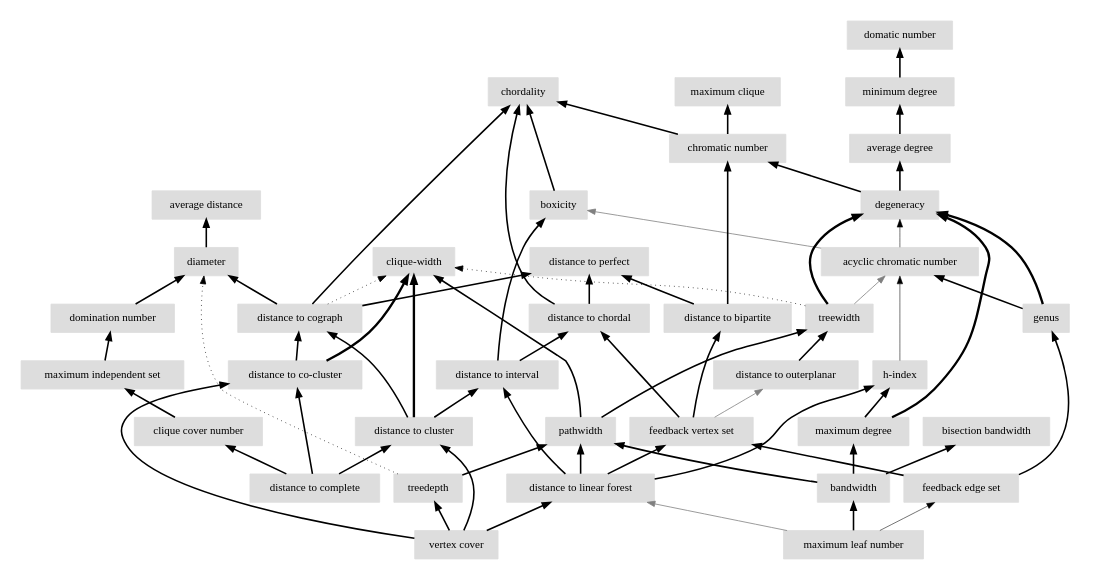
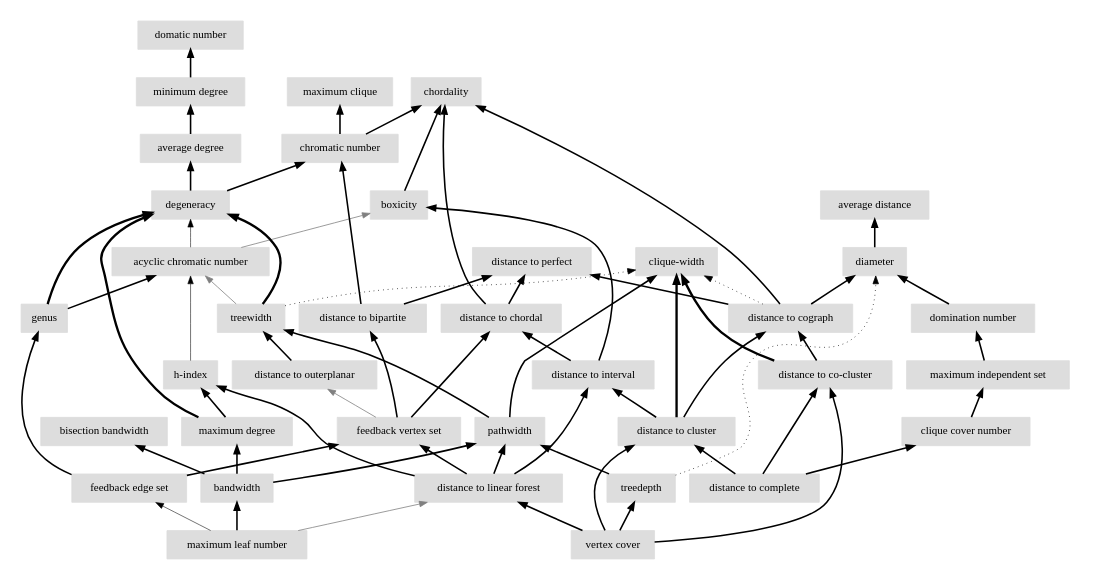
The diagram in content/drawing_VnTIL0_0.dot (vaclavblazej/parameters), drawn with Graphviz before and after one commit. The commit also changed other lines of this file and 725 other files, not shown here.

```diff
--- a/content/drawing_VnTIL0_0.dot
+++ b/content/drawing_VnTIL0_0.dot
@@ -2,104 +2,104 @@
 	node [color=lightblue2 style=filled]
 	margin=0.04 size="6,6"
 	rankdir = BT
-	"n_HTk9PZ" [label="feedback edge set" URL="/parameters/html/HTk9PZ" color="#dddddd" shape=box]
-	"n_gbaHdw" [label="genus" URL="/parameters/html/gbaHdw" color="#dddddd" shape=box]
-	"n_KEP2qM" [label="treedepth" URL="/parameters/html/KEP2qM" color="#dddddd" shape=box]
-	"n_mHtXUU" [label="maximum independent set" URL="/parameters/html/mHtXUU" color="#dddddd" shape=box]
-	"n_GPmOeT" [label="minimum degree" URL="/parameters/html/GPmOeT" color="#dddddd" shape=box]
-	"n_KRV6tI" [label="domatic number" URL="/parameters/html/KRV6tI" color="#dddddd" shape=box]
-	"n_OdZQna" [label="distance to chordal" URL="/parameters/html/OdZQna" color="#dddddd" shape=box]
-	"n_a7MpiT" [label="boxicity" URL="/parameters/html/a7MpiT" color="#dddddd" shape=box]
-	"n_w7MmyW" [label="chromatic number" URL="/parameters/html/w7MmyW" color="#dddddd" shape=box]
-	"n_VomShB" [label="clique cover number" URL="/parameters/html/VomShB" color="#dddddd" shape=box]
-	"n_wg5HuV" [label="clique-width" URL="/parameters/html/wg5HuV" color="#dddddd" shape=box]
-	"n_GNTwUS" [label="h-index" URL="/parameters/html/GNTwUS" color="#dddddd" shape=box]
-	"n_uDXX2i" [label="distance to cograph" URL="/parameters/html/uDXX2i" color="#dddddd" shape=box]
-	"n_wUdmUb" [label="bisection bandwidth" URL="/parameters/html/wUdmUb" color="#dddddd" shape=box]
-	"n_p4bTjp" [label="diameter" URL="/parameters/html/p4bTjp" color="#dddddd" shape=box]
-	"n_z0y4TW" [label="average degree" URL="/parameters/html/z0y4TW" color="#dddddd" shape=box]
-	"n_hbfWwE" [label="distance to co-cluster" URL="/parameters/html/hbfWwE" color="#dddddd" shape=box]
-	"n_4lp9Yj" [label="vertex cover" URL="/parameters/html/4lp9Yj" color="#dddddd" shape=box]
+	"n_VHClqR" [label="pathwidth" URL="/parameters/html/VHClqR" color="#dddddd" shape=box]
 	"n_fTqo40" [label="chordality" URL="/parameters/html/fTqo40" color="#dddddd" shape=box]
 	"n_QGZuUW" [label="acyclic chromatic number" URL="/parameters/html/QGZuUW" color="#dddddd" shape=box]
+	"n_5Q7fuR" [label="treewidth" URL="/parameters/html/5Q7fuR" color="#dddddd" shape=box]
+	"n_VomShB" [label="clique cover number" URL="/parameters/html/VomShB" color="#dddddd" shape=box]
+	"n_mHtXUU" [label="maximum independent set" URL="/parameters/html/mHtXUU" color="#dddddd" shape=box]
+	"n_HTk9PZ" [label="feedback edge set" URL="/parameters/html/HTk9PZ" color="#dddddd" shape=box]
+	"n_4lp9Yj" [label="vertex cover" URL="/parameters/html/4lp9Yj" color="#dddddd" shape=box]
+	"n_BN92vX" [label="maximum leaf number" URL="/parameters/html/BN92vX" color="#dddddd" shape=box]
 	"n_aP5a38" [label="bandwidth" URL="/parameters/html/aP5a38" color="#dddddd" shape=box]
+	"n_UyQ5yM" [label="maximum degree" URL="/parameters/html/UyQ5yM" color="#dddddd" shape=box]
+	"n_w7MmyW" [label="chromatic number" URL="/parameters/html/w7MmyW" color="#dddddd" shape=box]
+	"n_q7zHeT" [label="maximum clique" URL="/parameters/html/q7zHeT" color="#dddddd" shape=box]
+	"n_z0y4TW" [label="average degree" URL="/parameters/html/z0y4TW" color="#dddddd" shape=box]
+	"n_GPmOeT" [label="minimum degree" URL="/parameters/html/GPmOeT" color="#dddddd" shape=box]
+	"n_lPHVWU" [label="distance to outerplanar" URL="/parameters/html/lPHVWU" color="#dddddd" shape=box]
+	"n_Gq0onN" [label="domination number" URL="/parameters/html/Gq0onN" color="#dddddd" shape=box]
+	"n_1yW82F" [label="distance to bipartite" URL="/parameters/html/1yW82F" color="#dddddd" shape=box]
+	"n_OdZQna" [label="distance to chordal" URL="/parameters/html/OdZQna" color="#dddddd" shape=box]
+	"n_uDXX2i" [label="distance to cograph" URL="/parameters/html/uDXX2i" color="#dddddd" shape=box]
+	"n_p4bTjp" [label="diameter" URL="/parameters/html/p4bTjp" color="#dddddd" shape=box]
+	"n_yk7XP0" [label="distance to linear forest" URL="/parameters/html/yk7XP0" color="#dddddd" shape=box]
+	"n_hbfWwE" [label="distance to co-cluster" URL="/parameters/html/hbfWwE" color="#dddddd" shape=box]
+	"n_kJZKgd" [label="distance to perfect" URL="/parameters/html/kJZKgd" color="#dddddd" shape=box]
+	"n_KRV6tI" [label="domatic number" URL="/parameters/html/KRV6tI" color="#dddddd" shape=box]
+	"n_2LDMQ6" [label="distance to complete" URL="/parameters/html/2LDMQ6" color="#dddddd" shape=box]
+	"n_wUdmUb" [label="bisection bandwidth" URL="/parameters/html/wUdmUb" color="#dddddd" shape=box]
 	"n_aXw3Co" [label="distance to cluster" URL="/parameters/html/aXw3Co" color="#dddddd" shape=box]
+	"n_gbaHdw" [label="genus" URL="/parameters/html/gbaHdw" color="#dddddd" shape=box]
+	"n_a7MpiT" [label="boxicity" URL="/parameters/html/a7MpiT" color="#dddddd" shape=box]
+	"n_AVc2K6" [label="distance to interval" URL="/parameters/html/AVc2K6" color="#dddddd" shape=box]
+	"n_VowkuW" [label="degeneracy" URL="/parameters/html/VowkuW" color="#dddddd" shape=box]
 	"n_GNOiyB" [label="feedback vertex set" URL="/parameters/html/GNOiyB" color="#dddddd" shape=box]
-	"n_kJZKgd" [label="distance to perfect" URL="/parameters/html/kJZKgd" color="#dddddd" shape=box]
-	"n_yk7XP0" [label="distance to linear forest" URL="/parameters/html/yk7XP0" color="#dddddd" shape=box]
-	"n_1yW82F" [label="distance to bipartite" URL="/parameters/html/1yW82F" color="#dddddd" shape=box]
-	"n_2LDMQ6" [label="distance to complete" URL="/parameters/html/2LDMQ6" color="#dddddd" shape=box]
-	"n_Gq0onN" [label="domination number" URL="/parameters/html/Gq0onN" color="#dddddd" shape=box]
+	"n_GNTwUS" [label="h-index" URL="/parameters/html/GNTwUS" color="#dddddd" shape=box]
+	"n_KEP2qM" [label="treedepth" URL="/parameters/html/KEP2qM" color="#dddddd" shape=box]
 	"n_zH8PpT" [label="average distance" URL="/parameters/html/zH8PpT" color="#dddddd" shape=box]
-	"n_VowkuW" [label="degeneracy" URL="/parameters/html/VowkuW" color="#dddddd" shape=box]
-	"n_AVc2K6" [label="distance to interval" URL="/parameters/html/AVc2K6" color="#dddddd" shape=box]
-	"n_5Q7fuR" [label="treewidth" URL="/parameters/html/5Q7fuR" color="#dddddd" shape=box]
-	"n_lPHVWU" [label="distance to outerplanar" URL="/parameters/html/lPHVWU" color="#dddddd" shape=box]
-	"n_BN92vX" [label="maximum leaf number" URL="/parameters/html/BN92vX" color="#dddddd" shape=box]
-	"n_q7zHeT" [label="maximum clique" URL="/parameters/html/q7zHeT" color="#dddddd" shape=box]
-	"n_VHClqR" [label="pathwidth" URL="/parameters/html/VHClqR" color="#dddddd" shape=box]
-	"n_UyQ5yM" [label="maximum degree" URL="/parameters/html/UyQ5yM" color="#dddddd" shape=box]
+	"n_wg5HuV" [label="clique-width" URL="/parameters/html/wg5HuV" color="#dddddd" shape=box]
+	"n_uDXX2i" -> "n_fTqo40" [label="" decorate=true lblstyle="above, sloped" weight="100" penwidth="2.0"]
+	"n_uDXX2i" -> "n_wg5HuV" [label="" decorate=true lblstyle="above, sloped" style="dotted" weight="1" penwidth="1.0"]
+	"n_AVc2K6" -> "n_a7MpiT" [label="" decorate=true lblstyle="above, sloped" weight="100" penwidth="2.0"]
+	"n_GPmOeT" -> "n_KRV6tI" [label="" decorate=true lblstyle="above, sloped" weight="100" penwidth="2.0"]
+	"n_yk7XP0" -> "n_GNTwUS" [label="" decorate=true lblstyle="above, sloped" weight="100" penwidth="2.0"]
 	"n_lPHVWU" -> "n_5Q7fuR" [label="" decorate=true lblstyle="above, sloped" weight="100" penwidth="2.0"]
-	"n_2LDMQ6" -> "n_aXw3Co" [label="" decorate=true lblstyle="above, sloped" weight="100" penwidth="2.0"]
-	"n_BN92vX" -> "n_HTk9PZ" [label="" decorate=true lblstyle="above, sloped" weight="20" penwidth="0.7"]
+	"n_2LDMQ6" -> "n_hbfWwE" [label="" decorate=true lblstyle="above, sloped" weight="100" penwidth="2.0"]
+	"n_4lp9Yj" -> "n_KEP2qM" [label="" decorate=true lblstyle="above, sloped" weight="100" penwidth="2.0"]
+	"n_gbaHdw" -> "n_VowkuW" [label="" decorate=true lblstyle="above, sloped" weight="100" penwidth="3.0"]
+	"n_Gq0onN" -> "n_p4bTjp" [label="" decorate=true lblstyle="above, sloped" weight="100" penwidth="2.0"]
+	"n_aP5a38" -> "n_wUdmUb" [label="" decorate=true lblstyle="above, sloped" weight="100" penwidth="2.0"]
+	"n_uDXX2i" -> "n_kJZKgd" [label="" decorate=true lblstyle="above, sloped" weight="100" penwidth="2.0"]
+	"n_VowkuW" -> "n_w7MmyW" [label="" decorate=true lblstyle="above, sloped" weight="100" penwidth="2.0"]
+	"n_HTk9PZ" -> "n_GNOiyB" [label="" decorate=true lblstyle="above, sloped" weight="100" penwidth="2.0"]
+	"n_HTk9PZ" -> "n_gbaHdw" [label="" decorate=true lblstyle="above, sloped" weight="100" penwidth="2.0"]
+	"n_a7MpiT" -> "n_fTqo40" [label="" decorate=true lblstyle="above, sloped" weight="100" penwidth="2.0"]
+	"n_QGZuUW" -> "n_a7MpiT" [label="" decorate=true lblstyle="above, sloped" color="gray" weight="1"]
+	"n_OdZQna" -> "n_kJZKgd" [label="" decorate=true lblstyle="above, sloped" weight="100" penwidth="2.0"]
+	"n_5Q7fuR" -> "n_QGZuUW" [label="" decorate=true lblstyle="above, sloped" color="gray" weight="1"]
+	"n_AVc2K6" -> "n_OdZQna" [label="" decorate=true lblstyle="above, sloped" weight="100" penwidth="2.0"]
+	"n_VomShB" -> "n_mHtXUU" [label="" decorate=true lblstyle="above, sloped" weight="100" penwidth="2.0"]
+	"n_aP5a38" -> "n_UyQ5yM" [label="" decorate=true lblstyle="above, sloped" weight="100" penwidth="2.0"]
+	"n_VHClqR" -> "n_wg5HuV" [label="" decorate=true lblstyle="above, sloped" weight="100" penwidth="2.0"]
+	"n_QGZuUW" -> "n_VowkuW" [label="" decorate=true lblstyle="above, sloped" weight="20" penwidth="0.7"]
+	"n_BN92vX" -> "n_yk7XP0" [label="" decorate=true lblstyle="above, sloped" color="gray" weight="1"]
+	"n_4lp9Yj" -> "n_yk7XP0" [label="" decorate=true lblstyle="above, sloped" weight="100" penwidth="2.0"]
+	"n_yk7XP0" -> "n_VHClqR" [label="" decorate=true lblstyle="above, sloped" weight="100" penwidth="2.0"]
+	"n_aXw3Co" -> "n_uDXX2i" [label="" decorate=true lblstyle="above, sloped" weight="100" penwidth="2.0"]
+	"n_1yW82F" -> "n_w7MmyW" [label="" decorate=true lblstyle="above, sloped" weight="100" penwidth="2.0"]
+	"n_aP5a38" -> "n_VHClqR" [label="" decorate=true lblstyle="above, sloped" weight="100" penwidth="2.0"]
+	"n_aXw3Co" -> "n_wg5HuV" [label="" decorate=true lblstyle="above, sloped" weight="100" penwidth="3.0"]
+	"n_hbfWwE" -> "n_uDXX2i" [label="" decorate=true lblstyle="above, sloped" weight="100" penwidth="2.0"]
+	"n_1yW82F" -> "n_kJZKgd" [label="" decorate=true lblstyle="above, sloped" weight="100" penwidth="2.0"]
+	"n_4lp9Yj" -> "n_hbfWwE" [label="" decorate=true lblstyle="above, sloped" weight="100" penwidth="2.0"]
+	"n_GNOiyB" -> "n_lPHVWU" [label="" decorate=true lblstyle="above, sloped" color="gray" weight="1"]
+	"n_hbfWwE" -> "n_wg5HuV" [label="" decorate=true lblstyle="above, sloped" weight="100" penwidth="3.0"]
+	"n_w7MmyW" -> "n_fTqo40" [label="" decorate=true lblstyle="above, sloped" weight="100" penwidth="2.0"]
+	"n_5Q7fuR" -> "n_wg5HuV" [label="" decorate=true lblstyle="above, sloped" style="dotted" weight="1" penwidth="1.0"]
+	"n_5Q7fuR" -> "n_VowkuW" [label="" decorate=true lblstyle="above, sloped" weight="100" penwidth="3.0"]
+	"n_p4bTjp" -> "n_zH8PpT" [label="" decorate=true lblstyle="above, sloped" weight="100" penwidth="2.0"]
+	"n_yk7XP0" -> "n_GNOiyB" [label="" decorate=true lblstyle="above, sloped" weight="100" penwidth="2.0"]
+	"n_KEP2qM" -> "n_VHClqR" [label="" decorate=true lblstyle="above, sloped" weight="100" penwidth="2.0"]
+	"n_VowkuW" -> "n_z0y4TW" [label="" decorate=true lblstyle="above, sloped" weight="100" penwidth="2.0"]
+	"n_gbaHdw" -> "n_QGZuUW" [label="" decorate=true lblstyle="above, sloped" weight="100" penwidth="2.0"]
+	"n_VHClqR" -> "n_5Q7fuR" [label="" decorate=true lblstyle="above, sloped" weight="100" penwidth="2.0"]
 	"n_4lp9Yj" -> "n_aXw3Co" [label="" decorate=true lblstyle="above, sloped" weight="100" penwidth="2.0"]
+	"n_BN92vX" -> "n_aP5a38" [label="" decorate=true lblstyle="above, sloped" weight="100" penwidth="2.0"]
+	"n_GNOiyB" -> "n_OdZQna" [label="" decorate=true lblstyle="above, sloped" weight="100" penwidth="2.0"]
+	"n_w7MmyW" -> "n_q7zHeT" [label="" decorate=true lblstyle="above, sloped" weight="100" penwidth="2.0"]
+	"n_mHtXUU" -> "n_Gq0onN" [label="" decorate=true lblstyle="above, sloped" weight="100" penwidth="2.0"]
+	"n_OdZQna" -> "n_fTqo40" [label="" decorate=true lblstyle="above, sloped" weight="100" penwidth="2.0"]
+	"n_UyQ5yM" -> "n_GNTwUS" [label="" decorate=true lblstyle="above, sloped" weight="100" penwidth="2.0"]
 	"n_yk7XP0" -> "n_AVc2K6" [label="" decorate=true lblstyle="above, sloped" weight="100" penwidth="2.0"]
-	"n_QGZuUW" -> "n_VowkuW" [label="" decorate=true lblstyle="above, sloped" weight="20" penwidth="0.7"]
-	"n_gbaHdw" -> "n_QGZuUW" [label="" decorate=true lblstyle="above, sloped" weight="100" penwidth="2.0"]
-	"n_1yW82F" -> "n_w7MmyW" [label="" decorate=true lblstyle="above, sloped" weight="100" penwidth="2.0"]
-	"n_aXw3Co" -> "n_wg5HuV" [label="" decorate=true lblstyle="above, sloped" weight="100" penwidth="3.0"]
-	"n_HTk9PZ" -> "n_gbaHdw" [label="" decorate=true lblstyle="above, sloped" weight="100" penwidth="2.0"]
-	"n_4lp9Yj" -> "n_yk7XP0" [label="" decorate=true lblstyle="above, sloped" weight="100" penwidth="2.0"]
+	"n_UyQ5yM" -> "n_VowkuW" [label="" decorate=true lblstyle="above, sloped" weight="100" penwidth="3.0"]
 	"n_2LDMQ6" -> "n_VomShB" [label="" decorate=true lblstyle="above, sloped" weight="100" penwidth="2.0"]
 	"n_GNTwUS" -> "n_QGZuUW" [label="" decorate=true lblstyle="above, sloped" weight="20" penwidth="0.7"]
-	"n_UyQ5yM" -> "n_VowkuW" [label="" decorate=true lblstyle="above, sloped" weight="100" penwidth="3.0"]
-	"n_BN92vX" -> "n_yk7XP0" [label="" decorate=true lblstyle="above, sloped" color="gray" weight="1"]
-	"n_VHClqR" -> "n_5Q7fuR" [label="" decorate=true lblstyle="above, sloped" weight="100" penwidth="2.0"]
+	"n_uDXX2i" -> "n_p4bTjp" [label="" decorate=true lblstyle="above, sloped" weight="100" penwidth="2.0"]
+	"n_2LDMQ6" -> "n_aXw3Co" [label="" decorate=true lblstyle="above, sloped" weight="100" penwidth="2.0"]
 	"n_aXw3Co" -> "n_AVc2K6" [label="" decorate=true lblstyle="above, sloped" weight="100" penwidth="2.0"]
-	"n_uDXX2i" -> "n_kJZKgd" [label="" decorate=true lblstyle="above, sloped" weight="100" penwidth="2.0"]
-	"n_GPmOeT" -> "n_KRV6tI" [label="" decorate=true lblstyle="above, sloped" weight="100" penwidth="2.0"]
-	"n_mHtXUU" -> "n_Gq0onN" [label="" decorate=true lblstyle="above, sloped" weight="100" penwidth="2.0"]
-	"n_AVc2K6" -> "n_a7MpiT" [label="" decorate=true lblstyle="above, sloped" weight="100" penwidth="2.0"]
-	"n_aXw3Co" -> "n_uDXX2i" [label="" decorate=true lblstyle="above, sloped" weight="100" penwidth="2.0"]
-	"n_aP5a38" -> "n_UyQ5yM" [label="" decorate=true lblstyle="above, sloped" weight="100" penwidth="2.0"]
-	"n_OdZQna" -> "n_kJZKgd" [label="" decorate=true lblstyle="above, sloped" weight="100" penwidth="2.0"]
 	"n_z0y4TW" -> "n_GPmOeT" [label="" decorate=true lblstyle="above, sloped" weight="100" penwidth="2.0"]
-	"n_yk7XP0" -> "n_GNOiyB" [label="" decorate=true lblstyle="above, sloped" weight="100" penwidth="2.0"]
-	"n_AVc2K6" -> "n_OdZQna" [label="" decorate=true lblstyle="above, sloped" weight="100" penwidth="2.0"]
-	"n_uDXX2i" -> "n_wg5HuV" [label="" decorate=true lblstyle="above, sloped" style="dotted" weight="1" penwidth="1.0"]
 	"n_KEP2qM" -> "n_p4bTjp" [label="" decorate=true lblstyle="above, sloped" style="dotted" weight="1" penwidth="1.0"]
-	"n_hbfWwE" -> "n_uDXX2i" [label="" decorate=true lblstyle="above, sloped" weight="100" penwidth="2.0"]
-	"n_yk7XP0" -> "n_GNTwUS" [label="" decorate=true lblstyle="above, sloped" weight="100" penwidth="2.0"]
-	"n_p4bTjp" -> "n_zH8PpT" [label="" decorate=true lblstyle="above, sloped" weight="100" penwidth="2.0"]
-	"n_a7MpiT" -> "n_fTqo40" [label="" decorate=true lblstyle="above, sloped" weight="100" penwidth="2.0"]
-	"n_VHClqR" -> "n_wg5HuV" [label="" decorate=true lblstyle="above, sloped" weight="100" penwidth="2.0"]
+	"n_BN92vX" -> "n_HTk9PZ" [label="" decorate=true lblstyle="above, sloped" weight="20" penwidth="0.7"]
 	"n_GNOiyB" -> "n_1yW82F" [label="" decorate=true lblstyle="above, sloped" weight="100" penwidth="2.0"]
-	"n_Gq0onN" -> "n_p4bTjp" [label="" decorate=true lblstyle="above, sloped" weight="100" penwidth="2.0"]
-	"n_4lp9Yj" -> "n_hbfWwE" [label="" decorate=true lblstyle="above, sloped" weight="100" penwidth="2.0"]
-	"n_yk7XP0" -> "n_VHClqR" [label="" decorate=true lblstyle="above, sloped" weight="100" penwidth="2.0"]
-	"n_HTk9PZ" -> "n_GNOiyB" [label="" decorate=true lblstyle="above, sloped" weight="100" penwidth="2.0"]
-	"n_w7MmyW" -> "n_q7zHeT" [label="" decorate=true lblstyle="above, sloped" weight="100" penwidth="2.0"]
-	"n_uDXX2i" -> "n_p4bTjp" [label="" decorate=true lblstyle="above, sloped" weight="100" penwidth="2.0"]
-	"n_OdZQna" -> "n_fTqo40" [label="" decorate=true lblstyle="above, sloped" weight="100" penwidth="2.0"]
-	"n_QGZuUW" -> "n_a7MpiT" [label="" decorate=true lblstyle="above, sloped" color="gray" weight="1"]
-	"n_KEP2qM" -> "n_VHClqR" [label="" decorate=true lblstyle="above, sloped" weight="100" penwidth="2.0"]
-	"n_5Q7fuR" -> "n_VowkuW" [label="" decorate=true lblstyle="above, sloped" weight="100" penwidth="3.0"]
-	"n_GNOiyB" -> "n_lPHVWU" [label="" decorate=true lblstyle="above, sloped" color="gray" weight="1"]
-	"n_UyQ5yM" -> "n_GNTwUS" [label="" decorate=true lblstyle="above, sloped" weight="100" penwidth="2.0"]
-	"n_5Q7fuR" -> "n_QGZuUW" [label="" decorate=true lblstyle="above, sloped" color="gray" weight="1"]
-	"n_gbaHdw" -> "n_VowkuW" [label="" decorate=true lblstyle="above, sloped" weight="100" penwidth="3.0"]
-	"n_aP5a38" -> "n_VHClqR" [label="" decorate=true lblstyle="above, sloped" weight="100" penwidth="2.0"]
-	"n_4lp9Yj" -> "n_KEP2qM" [label="" decorate=true lblstyle="above, sloped" weight="100" penwidth="2.0"]
-	"n_aP5a38" -> "n_wUdmUb" [label="" decorate=true lblstyle="above, sloped" weight="100" penwidth="2.0"]
-	"n_VowkuW" -> "n_w7MmyW" [label="" decorate=true lblstyle="above, sloped" weight="100" penwidth="2.0"]
-	"n_GNOiyB" -> "n_OdZQna" [label="" decorate=true lblstyle="above, sloped" weight="100" penwidth="2.0"]
-	"n_2LDMQ6" -> "n_hbfWwE" [label="" decorate=true lblstyle="above, sloped" weight="100" penwidth="2.0"]
-	"n_uDXX2i" -> "n_fTqo40" [label="" decorate=true lblstyle="above, sloped" weight="100" penwidth="2.0"]
-	"n_w7MmyW" -> "n_fTqo40" [label="" decorate=true lblstyle="above, sloped" weight="100" penwidth="2.0"]
-	"n_hbfWwE" -> "n_wg5HuV" [label="" decorate=true lblstyle="above, sloped" weight="100" penwidth="3.0"]
-	"n_VomShB" -> "n_mHtXUU" [label="" decorate=true lblstyle="above, sloped" weight="100" penwidth="2.0"]
-	"n_5Q7fuR" -> "n_wg5HuV" [label="" decorate=true lblstyle="above, sloped" style="dotted" weight="1" penwidth="1.0"]
-	"n_VowkuW" -> "n_z0y4TW" [label="" decorate=true lblstyle="above, sloped" weight="100" penwidth="2.0"]
-	"n_1yW82F" -> "n_kJZKgd" [label="" decorate=true lblstyle="above, sloped" weight="100" penwidth="2.0"]
-	"n_BN92vX" -> "n_aP5a38" [label="" decorate=true lblstyle="above, sloped" weight="100" penwidth="2.0"]
 }
```
